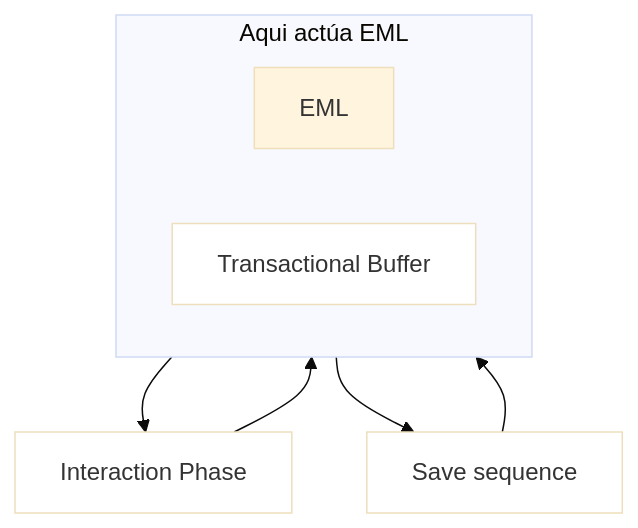
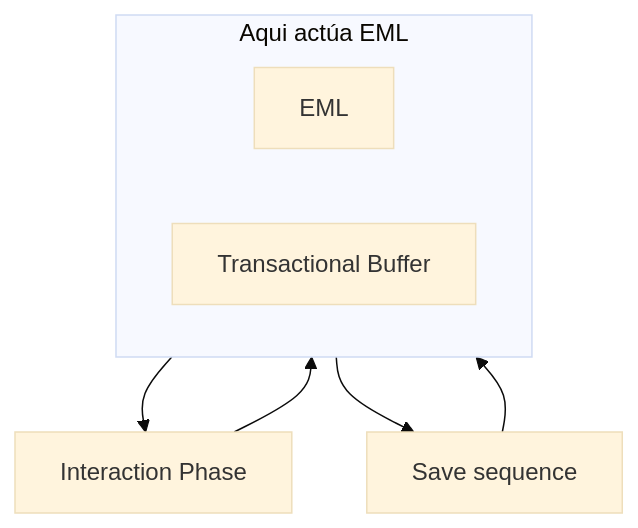
The diagram in docs/EML.md (robergit88/RAP), drawn with Mermaid (base theme) before and after one commit. The commit also changed other lines of this file, not shown here.

````diff
--- a/docs/EML.md
+++ b/docs/EML.md
@@ -13,22 +13,20 @@
-``` mermaid
+``` mermaid js
 graph
     A[Interaction Phase]
 
     subgraph Aqui actúa EML
         direction LR
         D[EML]
         B[Transactional Buffer]
     end
 
     B[Transactional Buffer] 
     C[Save sequence]
 
     A --> B
     B --> A
     B --> C
     C --> B
 
-style A fill:#fff     
-style B fill:#fff    
-style C fill:#fff     
+ 
 ```
````
